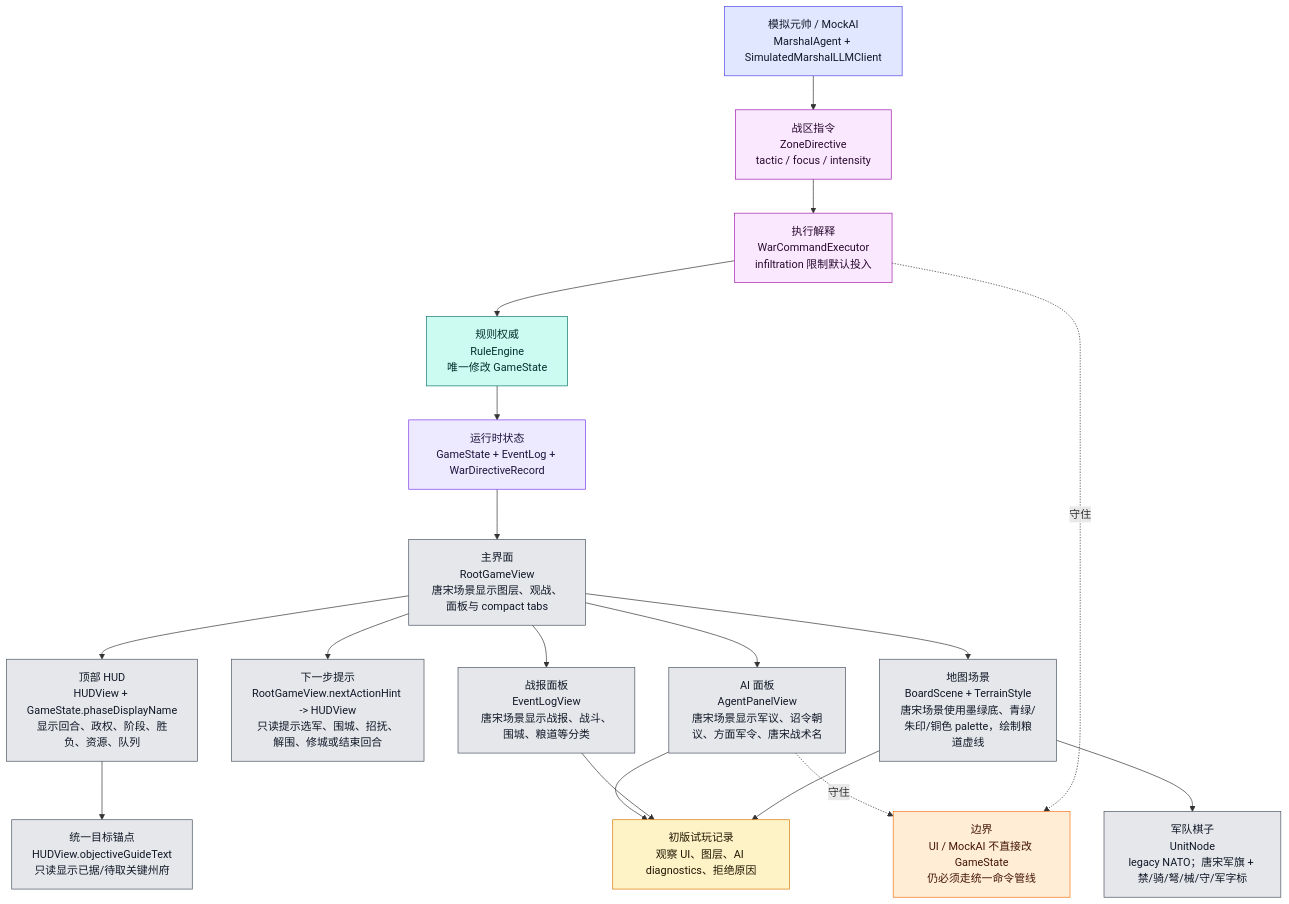
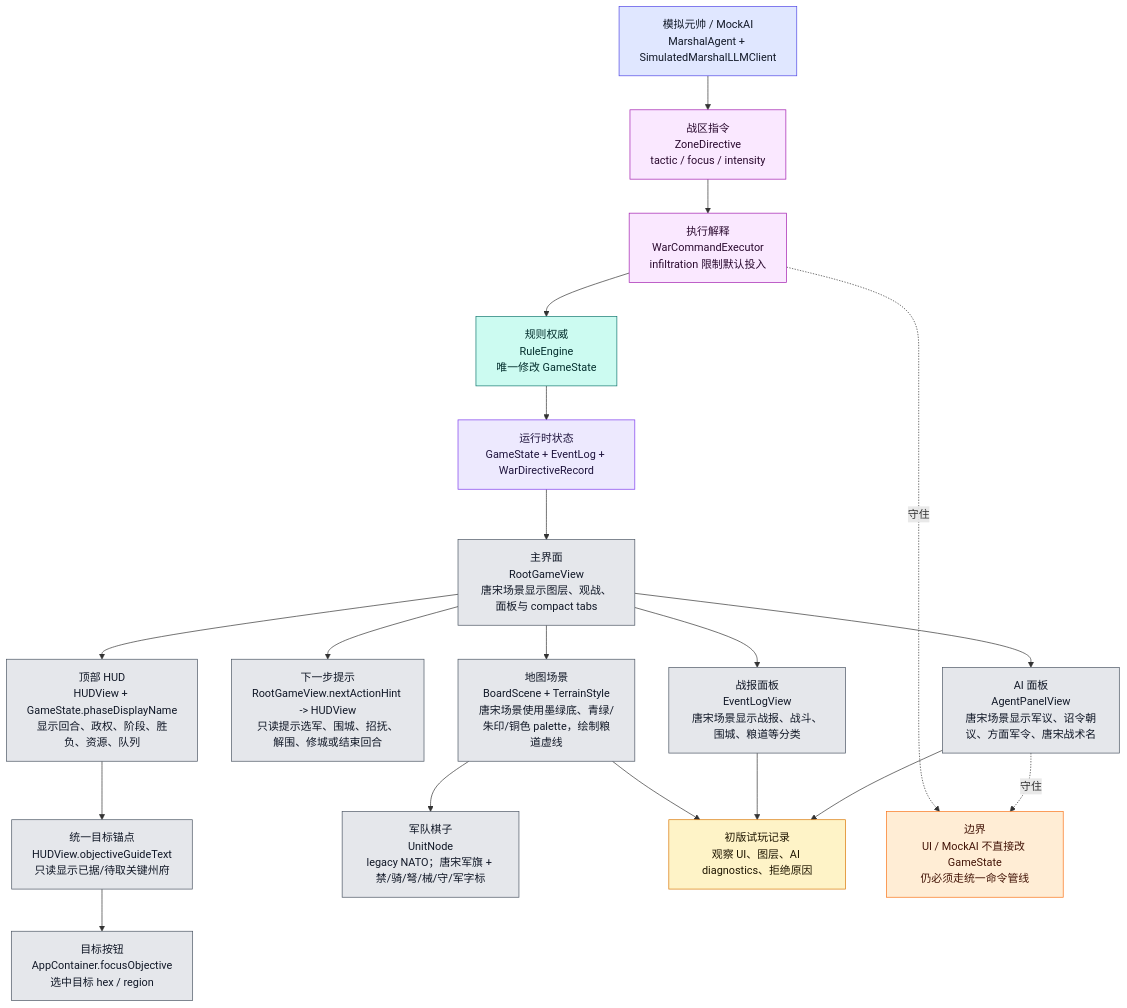
Before and after one commit to Altman-sam114/125: the tenth of 12 diagrams in md/flow/flowchart.md, drawn with Mermaid. The commit also changed other lines of this file and 9 other files, not shown here.

Commit message:
feat: focus Tang Song objective anchors

````diff
--- a/md/flow/flowchart.md
+++ b/md/flow/flowchart.md
@@ -536,42 +538,43 @@
 ```mermaid
 flowchart TD
     STATE["运行时状态<br/>GameState + EventLog + WarDirectiveRecord"]:::state
     ROOT["主界面<br/>RootGameView<br/>唐宋场景显示图层、观战、面板与 compact tabs"]:::ui
     HUD["顶部 HUD<br/>HUDView + GameState.phaseDisplayName<br/>显示回合、政权、阶段、胜负、资源、队列"]:::ui
     GOAL["统一目标锚点<br/>HUDView.objectiveGuideText<br/>只读显示已据/待取关键州府"]:::ui
+    FOCUS["目标按钮<br/>AppContainer.focusObjective<br/>选中目标 hex / region"]:::ui
     HINT["下一步提示<br/>RootGameView.nextActionHint -> HUDView<br/>只读提示选军、围城、招抚、解围、修城或结束回合"]:::ui
     LOG["战报面板<br/>EventLogView<br/>唐宋场景显示战报、战斗、围城、粮道等分类"]:::ui
     AIUI["AI 面板<br/>AgentPanelView<br/>唐宋场景显示军议、诏令朝议、方面军令、唐宋战术名"]:::ui
     BOARD["地图场景<br/>BoardScene + TerrainStyle<br/>唐宋场景使用墨绿底、青绿/朱印/铜色 palette，绘制粮道虚线"]:::ui
     UNIT["军队棋子<br/>UnitNode<br/>legacy NATO；唐宋军旗 + 禁/骑/弩/械/守/军字标"]:::ui
     MARSHAL["模拟元帅 / MockAI<br/>MarshalAgent + SimulatedMarshalLLMClient"]:::ai
     ZD["战区指令<br/>ZoneDirective<br/>tactic / focus / intensity"]:::command
     WCE["执行解释<br/>WarCommandExecutor<br/>infiltration 限制默认投入"]:::command
     RULE["规则权威<br/>RuleEngine<br/>唯一修改 GameState"]:::rules
     PLAYTEST["初版试玩记录<br/>观察 UI、图层、AI diagnostics、拒绝原因"]:::doc
 
     STATE --> ROOT
     ROOT --> HUD
-    HUD --> GOAL
+    HUD --> GOAL --> FOCUS
     ROOT --> HINT
     ROOT --> LOG
     ROOT --> AIUI
     ROOT --> BOARD
     BOARD --> UNIT
     MARSHAL --> ZD --> WCE --> RULE --> STATE
     AIUI --> PLAYTEST
     LOG --> PLAYTEST
     BOARD --> PLAYTEST
 
     WARN["边界<br/>UI / MockAI 不直接改 GameState<br/>仍必须走统一命令管线"]:::warn
     AIUI -.守住.-> WARN
     WCE -.守住.-> WARN
 
     classDef state fill:#ede9fe,stroke:#7c3aed,color:#1f143d
     classDef ui fill:#e5e7eb,stroke:#4b5563,color:#111827
     classDef ai fill:#e0e7ff,stroke:#4f46e5,color:#111827
     classDef command fill:#fae8ff,stroke:#a21caf,color:#2a0a2f
     classDef rules fill:#ccfbf1,stroke:#0f766e,color:#042f2e
     classDef doc fill:#fef3c7,stroke:#d97706,color:#1f1600
     classDef warn fill:#ffedd5,stroke:#f97316,color:#431407
 ```
````
